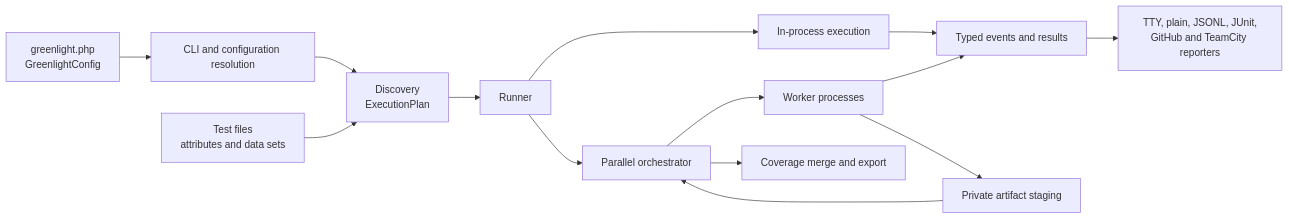
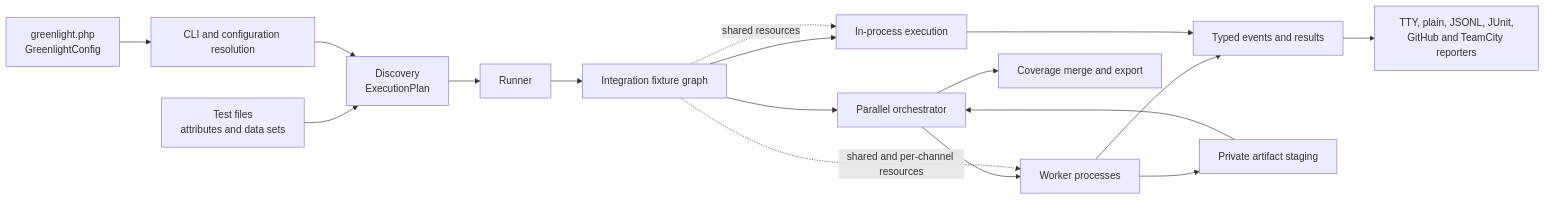
Before and after one commit to ben-challis/greenlight: the diagram in docs/architecture/README.md, drawn with Mermaid. The commit also changed other lines of this file and 1 other file, not shown here.

Commit message:
docs(architecture): refresh runtime contracts

````diff
--- a/docs/architecture/README.md
+++ b/docs/architecture/README.md
@@ -12,16 +12,19 @@
 ```mermaid
 flowchart LR
     config["greenlight.php<br/>GreenlightConfig"] --> cli["CLI and configuration resolution"]
     tests["Test files<br/>attributes and data sets"] --> discovery["Discovery<br/>ExecutionPlan"]
     cli --> discovery
     discovery --> runner["Runner"]
-    runner --> inprocess["In-process execution"]
-    runner --> orchestrator["Parallel orchestrator"]
+    runner --> fixtures["Integration fixture graph"]
+    fixtures --> inprocess["In-process execution"]
+    fixtures --> orchestrator["Parallel orchestrator"]
     orchestrator --> workers["Worker processes"]
+    fixtures -. "shared and per-channel resources" .-> workers
+    fixtures -. "shared resources" .-> inprocess
     workers --> events["Typed events and results"]
     inprocess --> events
     events --> reporters["TTY, plain, JSONL, JUnit,<br/>GitHub and TeamCity reporters"]
     workers --> staging["Private artifact staging"]
     staging --> orchestrator
     orchestrator --> coverage["Coverage merge and export"]
 ```
````
